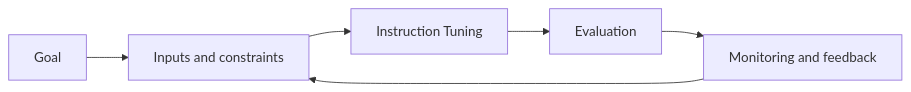
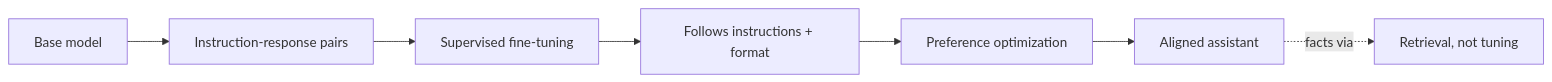
The diagram in llms/05-instruction-tuning.md (Icon1cc/Machine-Learning), drawn with Mermaid before and after one commit. The commit also changed other lines of this file and 118 other files, not shown here.

````diff
--- a/llms/05-instruction-tuning.md
+++ b/llms/05-instruction-tuning.md
@@ -93,8 +72,9 @@
 ```mermaid
 flowchart LR
-    A[Goal] --> B[Inputs and constraints]
-    B --> C[Instruction Tuning]
-    C --> D[Evaluation]
-    D --> E[Monitoring and feedback]
-    E --> B
+    A[Base model] --> B[Instruction-response pairs]
+    B --> C[Supervised fine-tuning]
+    C --> D[Follows instructions + format]
+    D --> E[Preference optimization]
+    E --> F[Aligned assistant]
+    F -. facts via .-> G[Retrieval, not tuning]
 ```
````
